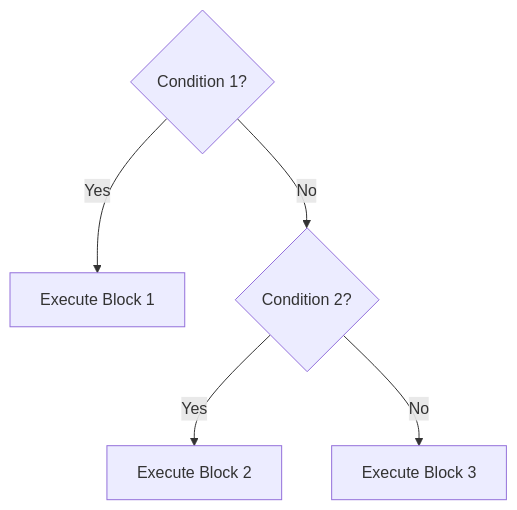
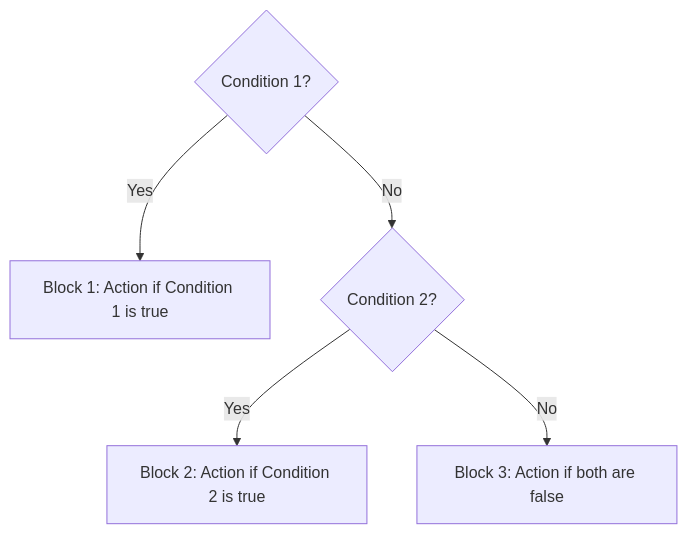
Before and after one commit to ahmedmoustafa/AUC-DSCI1412-Fall2024: the first of 2 diagrams in lectures/python3_control_flow.qmd, drawn with Mermaid. The commit also changed other lines of this file and 77 other files, not shown here.

````diff
--- a/lectures/python3_control_flow.qmd
+++ b/lectures/python3_control_flow.qmd
@@ -39,7 +39,7 @@
 ```{mermaid}
 graph TD;
-    A{Condition 1?} -->|Yes| B[Execute Block 1]
+    A{Condition 1?} -->|Yes| B[Block 1: Action if Condition 1 is true]
     A -->|No| C{Condition 2?}
-    C -->|Yes| D[Execute Block 2]
-    C -->|No| E[Execute Block 3]
+    C -->|Yes| D[Block 2: Action if Condition 2 is true]
+    C -->|No| E[Block 3: Action if both are false]
 ```
````
